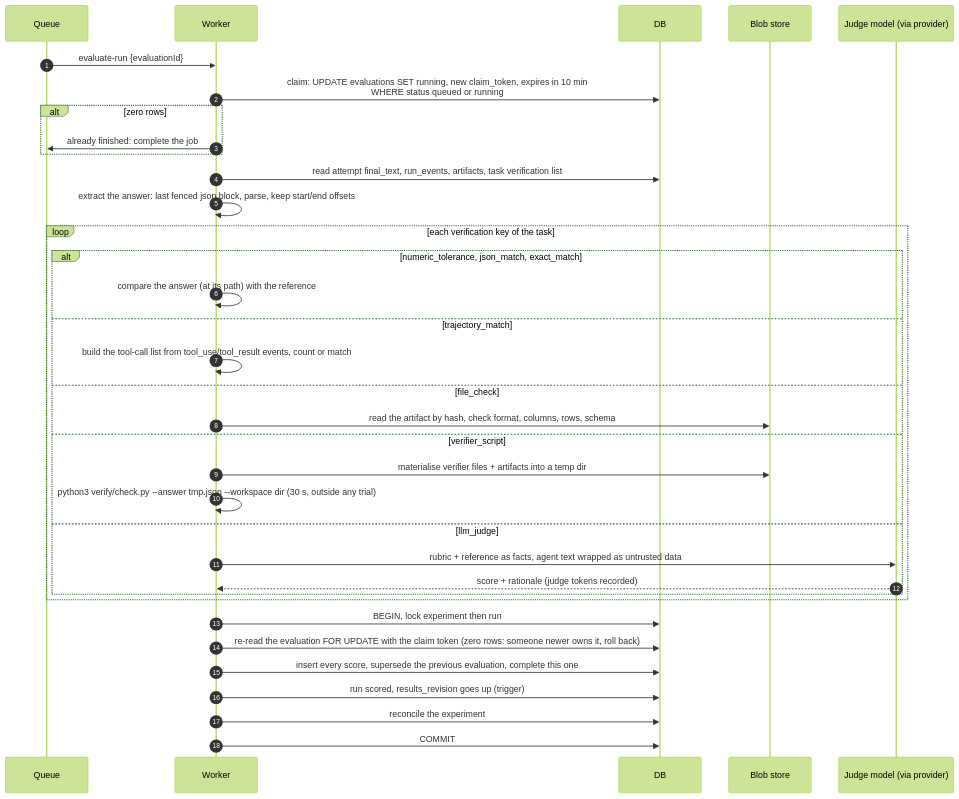
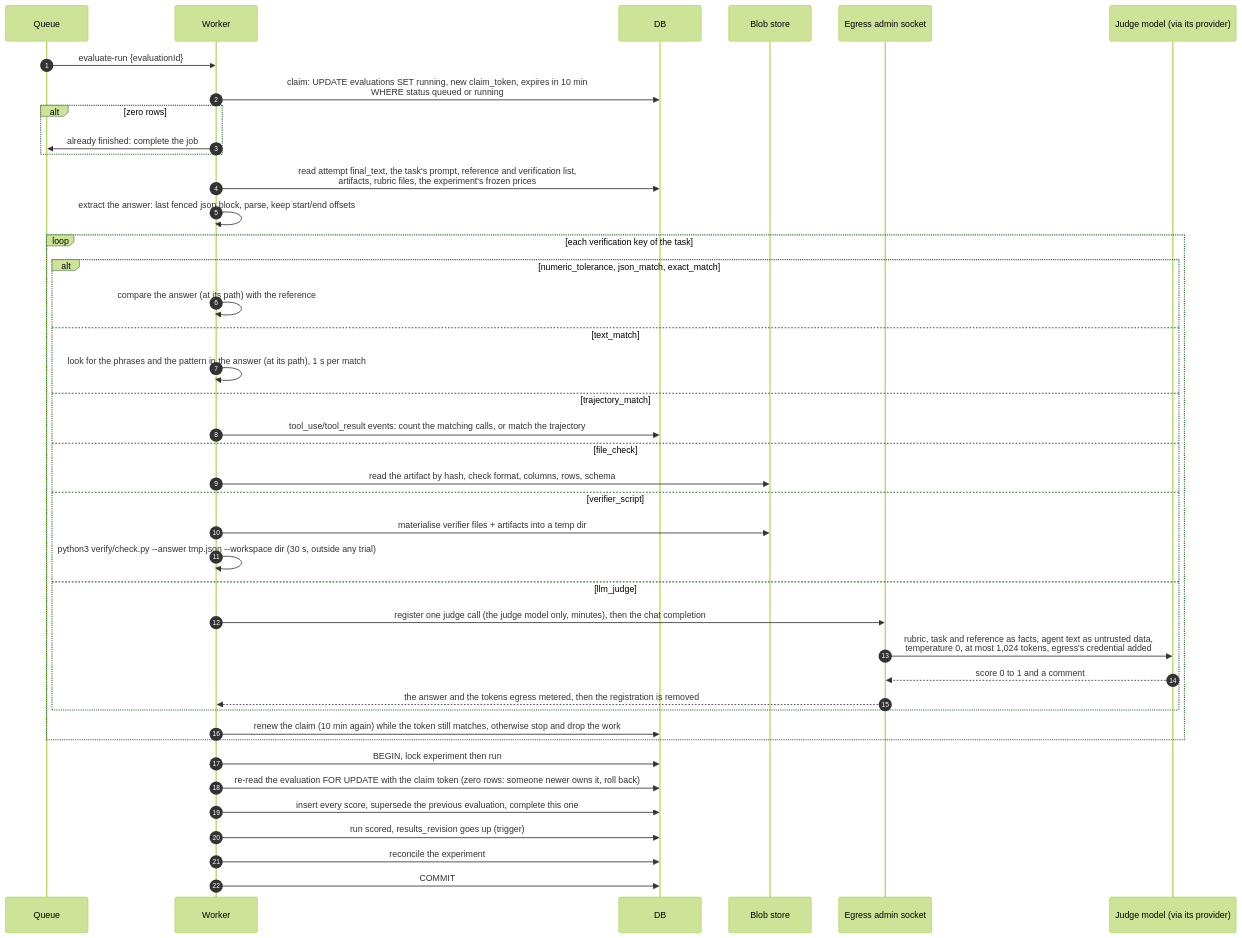
Diagram 30 of 38 in UI_FLOWS.md (sasuke007/hermes-evals), drawn with Mermaid (forest theme) before and after one commit. The commit also changed other lines of this file and 180 other files, not shown here.

````diff
--- a/UI_FLOWS.md
+++ b/UI_FLOWS.md
@@ -1083,38 +1085,44 @@
 ```mermaid
 sequenceDiagram
   autonumber
   participant Q as Queue
   participant WK as Worker
   participant DB as DB
   participant B as Blob store
-  participant J as Judge model (via provider)
+  participant E as Egress admin socket
+  participant J as Judge model (via its provider)
 
   Q->>WK: evaluate-run {evaluationId}
   WK->>DB: claim: UPDATE evaluations SET running, new claim_token, expires in 10 min<br/>WHERE status queued or running
   alt zero rows
     WK->>Q: already finished: complete the job
   end
-  WK->>DB: read attempt final_text, run_events, artifacts, task verification list
+  WK->>DB: read attempt final_text, the task's prompt, reference and verification list,<br/>artifacts, rubric files, the experiment's frozen prices
   WK->>WK: extract the answer: last fenced json block, parse, keep start/end offsets
   loop each verification key of the task
     alt numeric_tolerance, json_match, exact_match
       WK->>WK: compare the answer (at its path) with the reference
+    else text_match
+      WK->>WK: look for the phrases and the pattern in the answer (at its path), 1 s per match
     else trajectory_match
-      WK->>WK: build the tool-call list from tool_use/tool_result events, count or match
+      WK->>DB: tool_use/tool_result events: count the matching calls, or match the trajectory
     else file_check
       WK->>B: read the artifact by hash, check format, columns, rows, schema
     else verifier_script
       WK->>B: materialise verifier files + artifacts into a temp dir
       WK->>WK: python3 verify/check.py --answer tmp.json --workspace dir (30 s, outside any trial)
     else llm_judge
-      WK->>J: rubric + reference as facts, agent text wrapped as untrusted data
-      J-->>WK: score + rationale (judge tokens recorded)
+      WK->>E: register one judge call (the judge model only, minutes), then the chat completion
+      E->>J: rubric, task and reference as facts, agent text as untrusted data,<br/>temperature 0, at most 1,024 tokens, egress's credential added
+      J-->>E: score 0 to 1 and a comment
+      E-->>WK: the answer and the tokens egress metered, then the registration is removed
     end
+    WK->>DB: renew the claim (10 min again) while the token still matches, otherwise stop and drop the work
   end
   WK->>DB: BEGIN, lock experiment then run
   WK->>DB: re-read the evaluation FOR UPDATE with the claim token (zero rows: someone newer owns it, roll back)
   WK->>DB: insert every score, supersede the previous evaluation, complete this one
   WK->>DB: run scored, results_revision goes up (trigger)
   WK->>DB: reconcile the experiment
   WK->>DB: COMMIT
 ```
````
